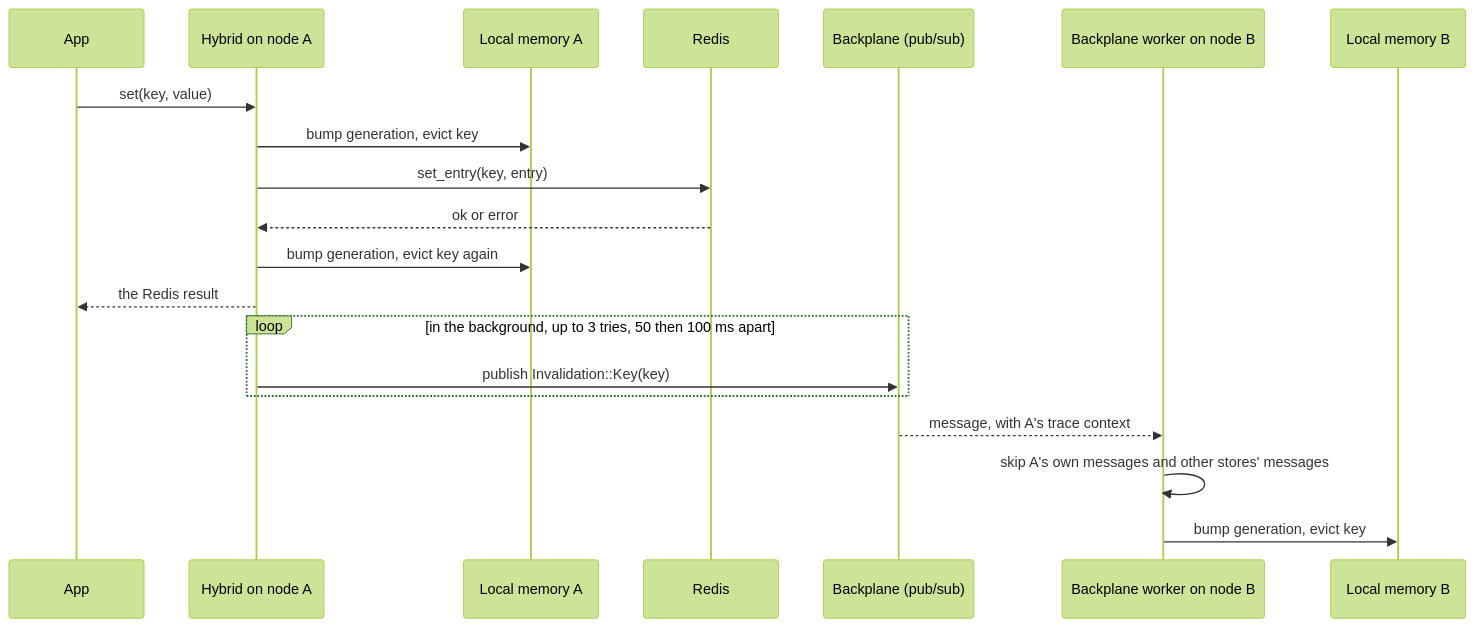
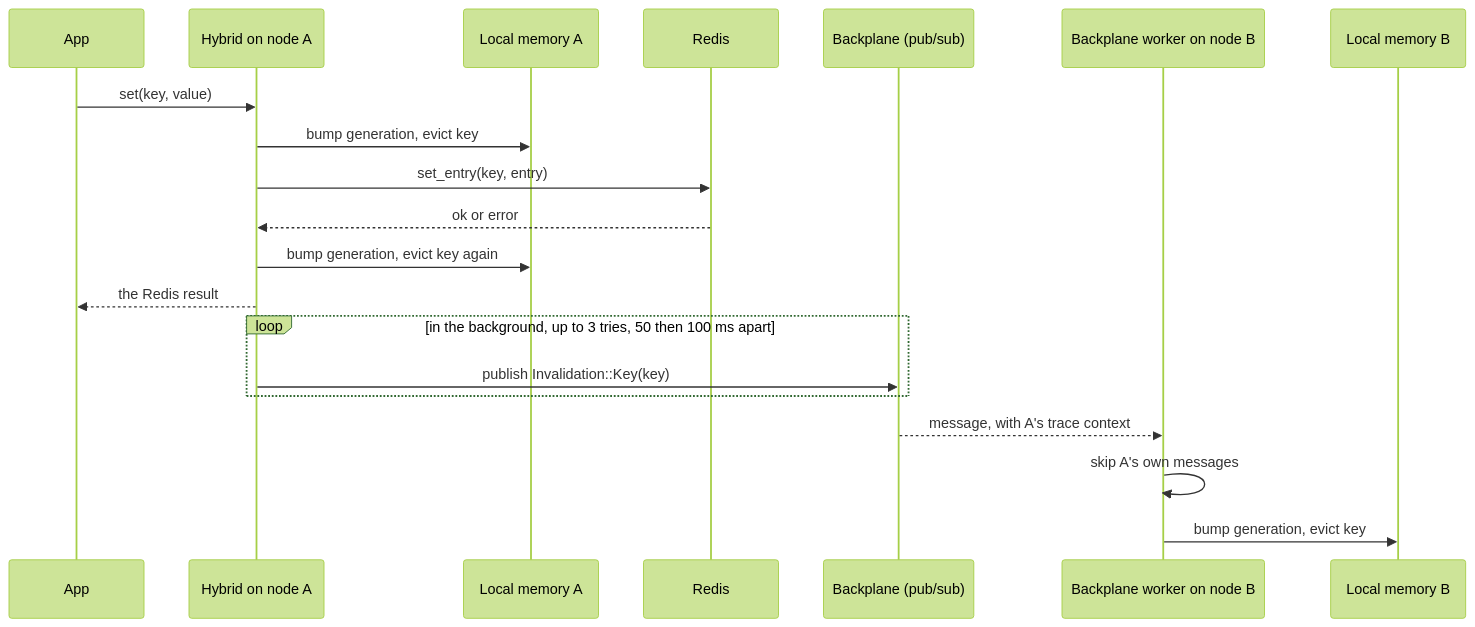
The fifth of 8 diagrams in docs/02-flows.md (sisaio/sisa-caching-rs), drawn with Mermaid (forest theme) before and after one commit. The commit also changed 9 other files, not shown here.

````diff
--- a/docs/02-flows.md
+++ b/docs/02-flows.md
@@ -159,23 +159,23 @@
 ```mermaid
 sequenceDiagram
     participant App
     participant A as Hybrid on node A
     participant LA as Local memory A
     participant Redis
     participant Bus as Backplane (pub/sub)
     participant W as Backplane worker on node B
     participant LB as Local memory B
 
     App->>A: set(key, value)
     A->>LA: bump generation, evict key
     A->>Redis: set_entry(key, entry)
     Redis-->>A: ok or error
     A->>LA: bump generation, evict key again
     A-->>App: the Redis result
     loop in the background, up to 3 tries, 50 then 100 ms apart
         A->>Bus: publish Invalidation::Key(key)
     end
     Bus-->>W: message, with A's trace context
-    W->>W: skip A's own messages and other stores' messages
+    W->>W: skip A's own messages
     W->>LB: bump generation, evict key
 ```
````
